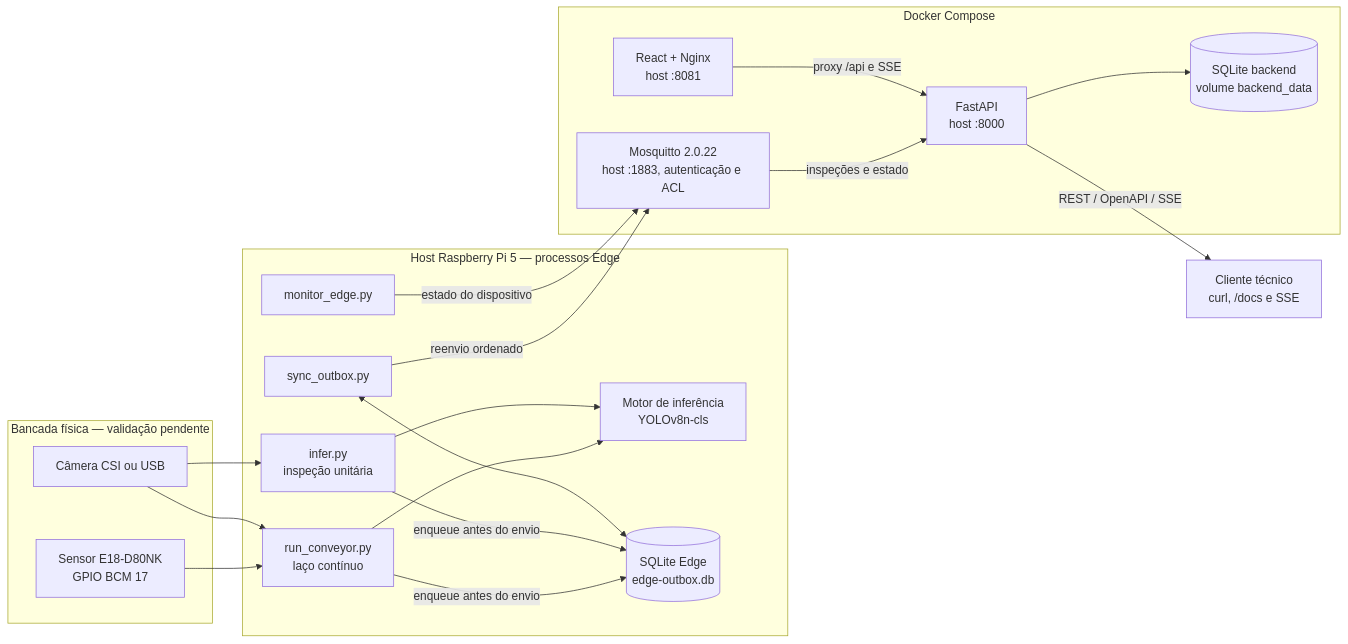
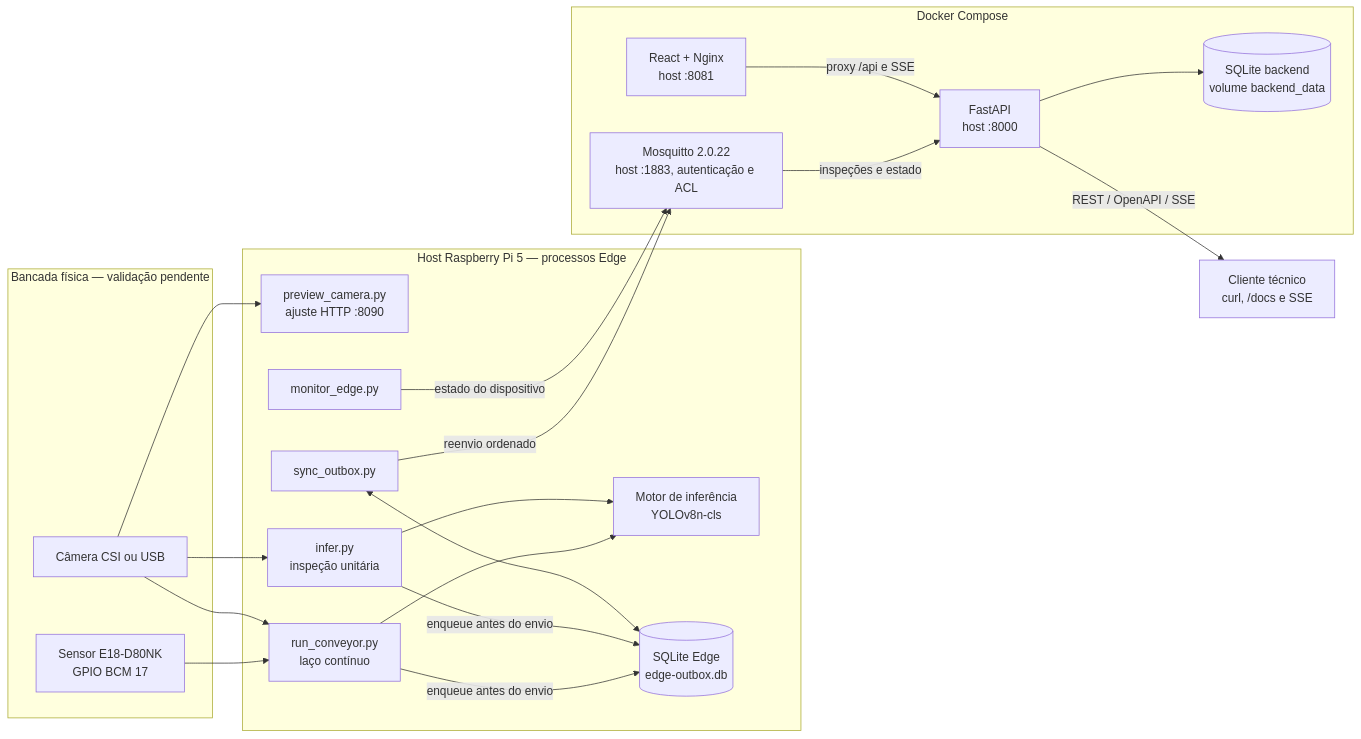
One commit to eldrayan/Vigi-TCCPNAAT changed the first of 4 diagrams in docs/arquitetura/diagrama-arquitetural.md. Above: the diagram before and after it, drawn with Mermaid. The commit also changed other lines of this file and 4 other files, not shown here.

````diff
--- a/docs/arquitetura/diagrama-arquitetural.md
+++ b/docs/arquitetura/diagrama-arquitetural.md
@@ -49,42 +50,44 @@
 ```mermaid
 flowchart LR
     subgraph bancada["Bancada física — validação pendente"]
         sensor["Sensor E18-D80NK<br/>GPIO BCM 17"]
         camera["Câmera CSI ou USB"]
     end
 
     subgraph edge["Host Raspberry Pi 5 — processos Edge"]
+        preview["preview_camera.py<br/>ajuste HTTP :8090"]
         conveyor["run_conveyor.py<br/>laço contínuo"]
         inference["Motor de inferência<br/>YOLOv8n-cls"]
         oneshot["infer.py<br/>inspeção unitária"]
         outbox[("SQLite Edge<br/>edge-outbox.db")]
         synchronizer["sync_outbox.py"]
         monitor["monitor_edge.py"]
     end
 
     subgraph compose["Docker Compose"]
         mqtt["Mosquitto 2.0.22<br/>host :1883, autenticação e ACL"]
         api["FastAPI<br/>host :8000"]
         database[("SQLite backend<br/>volume backend_data")]
         dashboard["React + Nginx<br/>host :8081"]
     end
 
     technical["Cliente técnico<br/>curl, /docs e SSE"]
 
     sensor --> conveyor
     camera --> conveyor
+    camera --> preview
     conveyor --> inference
     conveyor -->|"enqueue antes do envio"| outbox
 
     camera --> oneshot
     oneshot --> inference
     oneshot -->|"enqueue antes do envio"| outbox
     synchronizer <--> outbox
     synchronizer -->|"reenvio ordenado"| mqtt
     monitor -->|"estado do dispositivo"| mqtt
 
     mqtt -->|"inspeções e estado"| api
     api --> database
     api -->|"REST / OpenAPI / SSE"| technical
     dashboard -->|"proxy /api e SSE"| api
 ```
````
